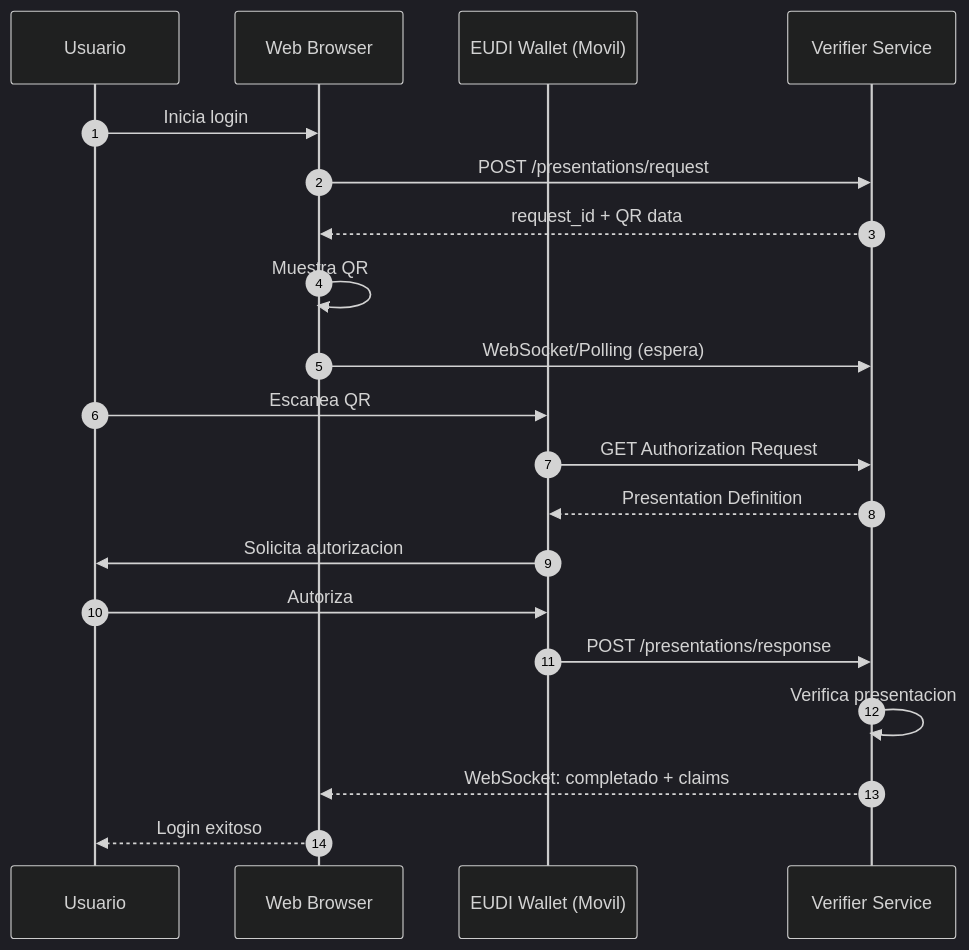
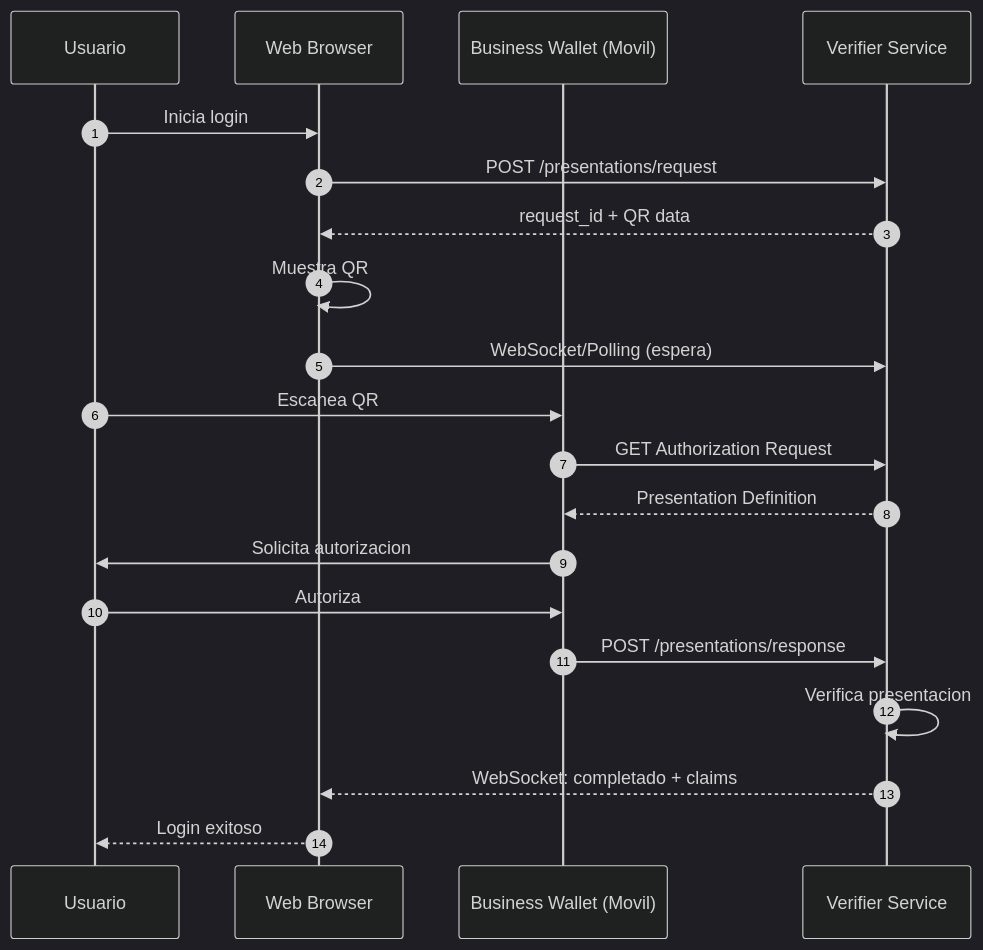
The fifth of 7 diagrams in docs/arquitectura/flujos.md (in2workspace/eudistack-platform-docs), drawn with Mermaid (dark theme) before and after one commit. The commit also changed other lines of this file and 8 other files, not shown here.

````diff
--- a/docs/arquitectura/flujos.md
+++ b/docs/arquitectura/flujos.md
@@ -175,28 +175,28 @@
 ```mermaid
 sequenceDiagram
     autonumber
     participant U as Usuario
     participant WEB as Web Browser
-    participant W as EUDI Wallet (Movil)
+    participant W as Business Wallet (Movil)
     participant VS as Verifier Service
 
     U->>WEB: Inicia login
     WEB->>VS: POST /presentations/request
     VS-->>WEB: request_id + QR data
 
     WEB->>WEB: Muestra QR
     WEB->>VS: WebSocket/Polling (espera)
 
     U->>W: Escanea QR
     W->>VS: GET Authorization Request
     VS-->>W: Presentation Definition
 
     W->>U: Solicita autorizacion
     U->>W: Autoriza
     W->>VS: POST /presentations/response
 
     VS->>VS: Verifica presentacion
     VS-->>WEB: WebSocket: completado + claims
 
     WEB-->>U: Login exitoso
 ```
````
